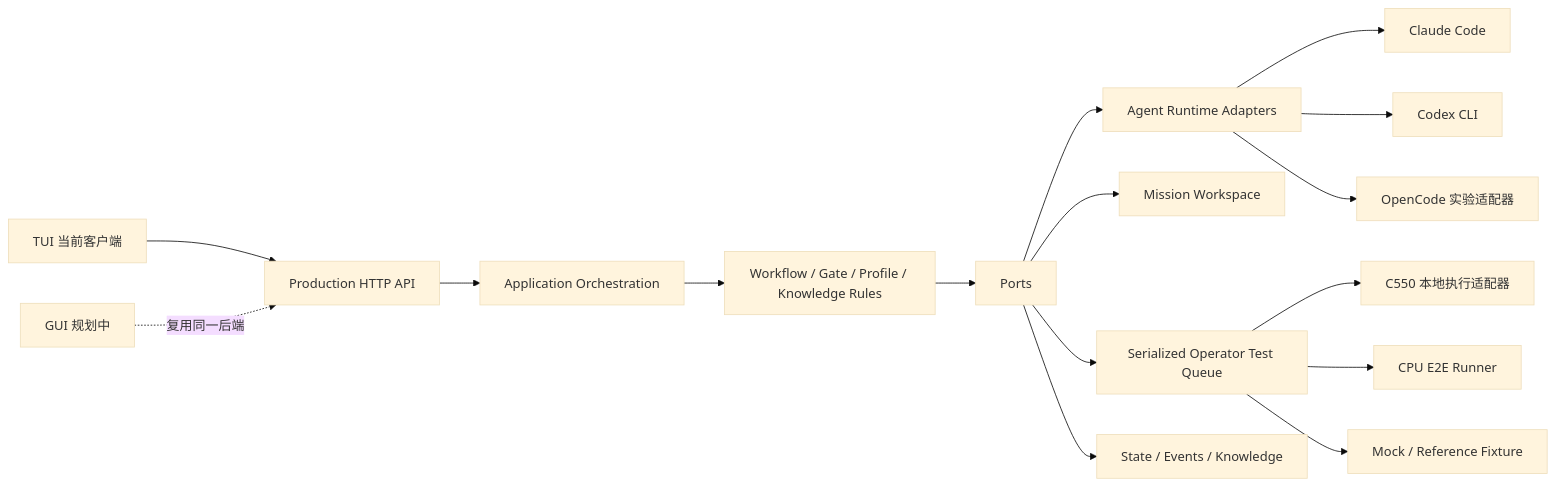
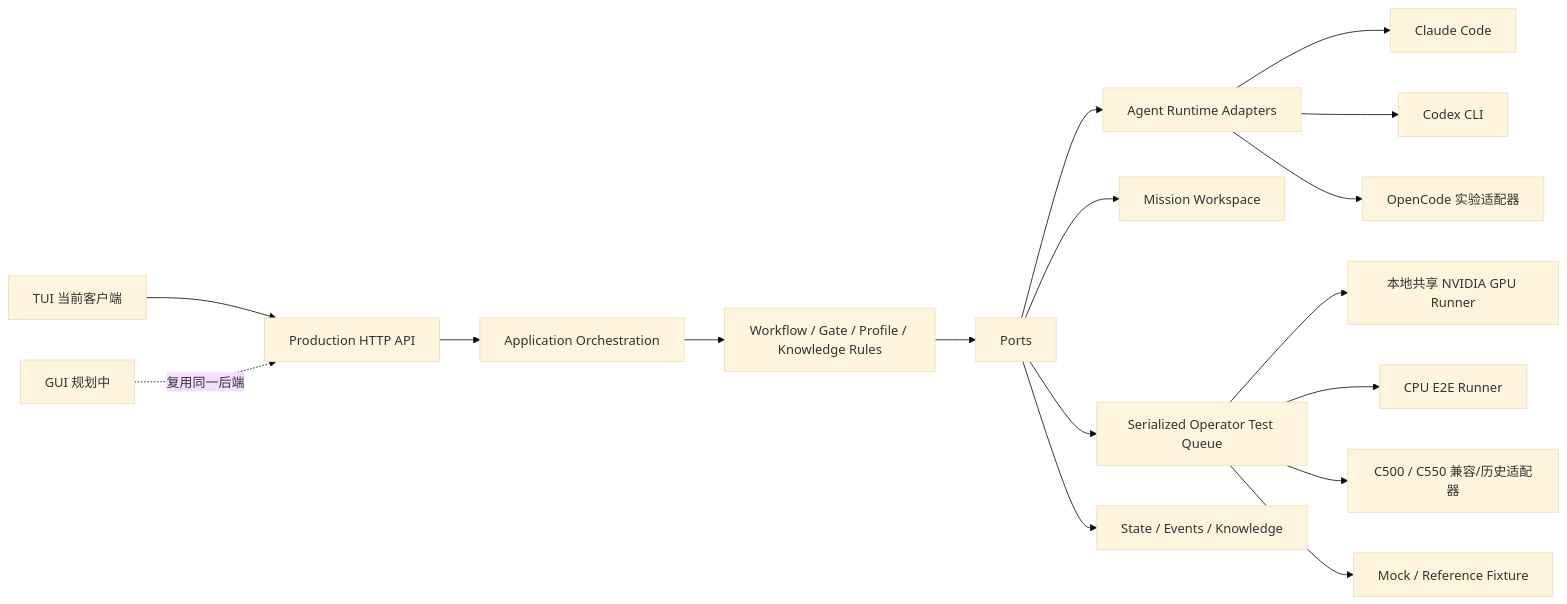
Before and after one commit to Teeeio/Acagemm: the diagram in README.md, drawn with Mermaid (base theme). The commit also changed other lines of this file and 78 other files, not shown here.

````diff
--- a/README.md
+++ b/README.md
@@ -33,22 +65,23 @@
 ```mermaid
 flowchart LR
   TUI[TUI 当前客户端] --> API[Production HTTP API]
   GUI[GUI 规划中] -.复用同一后端.-> API
 
   API --> APP[Application Orchestration]
   APP --> DOMAIN[Workflow / Gate / Profile / Knowledge Rules]
   DOMAIN --> PORTS[Ports]
 
   PORTS --> AGENT[Agent Runtime Adapters]
   PORTS --> WS[Mission Workspace]
   PORTS --> QUEUE[Serialized Operator Test Queue]
   PORTS --> STORE[State / Events / Knowledge]
 
   AGENT --> CLAUDE[Claude Code]
   AGENT --> CODEX[Codex CLI]
   AGENT --> OPENCODE[OpenCode 实验适配器]
 
-  QUEUE --> C550[C550 本地执行适配器]
+  QUEUE --> GPU[本地共享 NVIDIA GPU Runner]
   QUEUE --> CPU[CPU E2E Runner]
+  QUEUE --> C550[C500 / C550 兼容/历史适配器]
   QUEUE --> MOCK[Mock / Reference Fixture]
 ```
````
